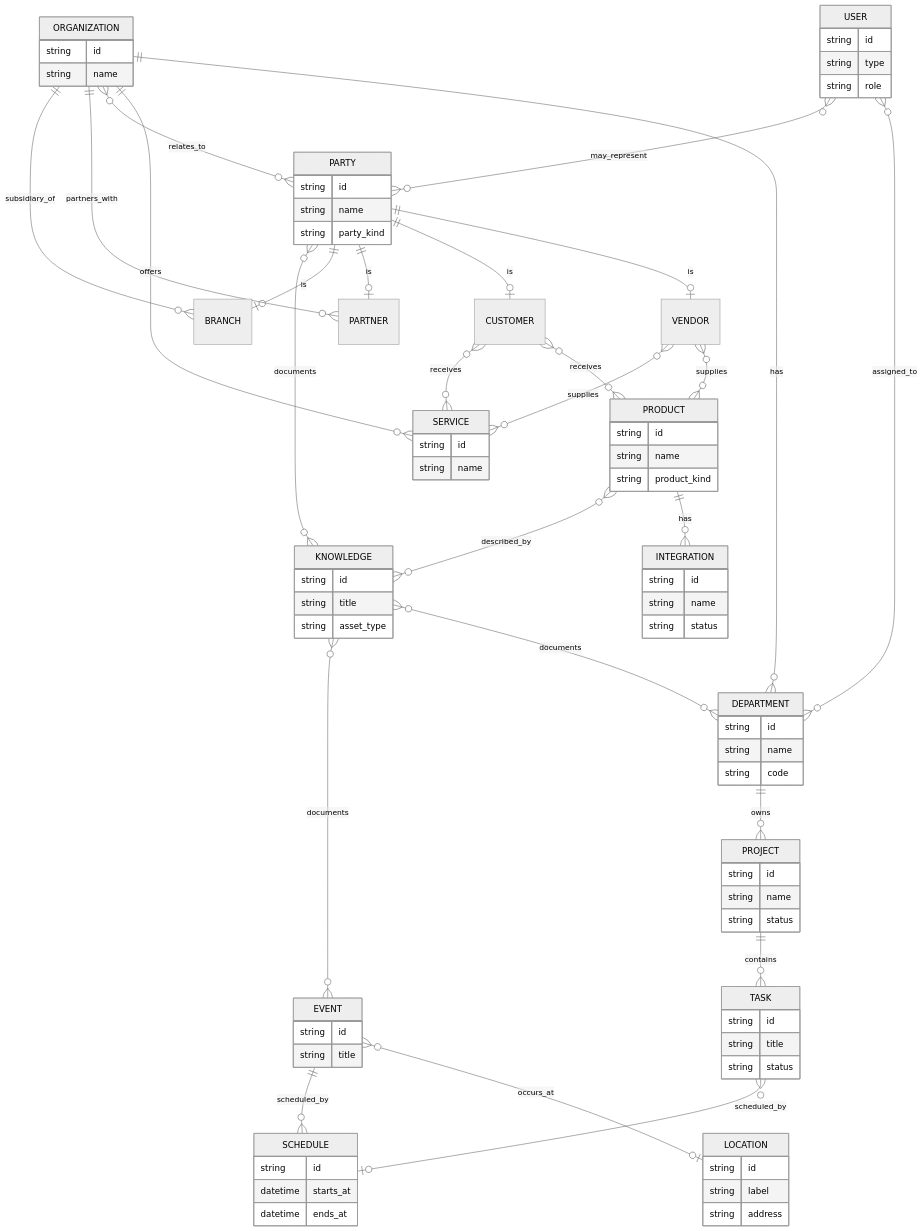
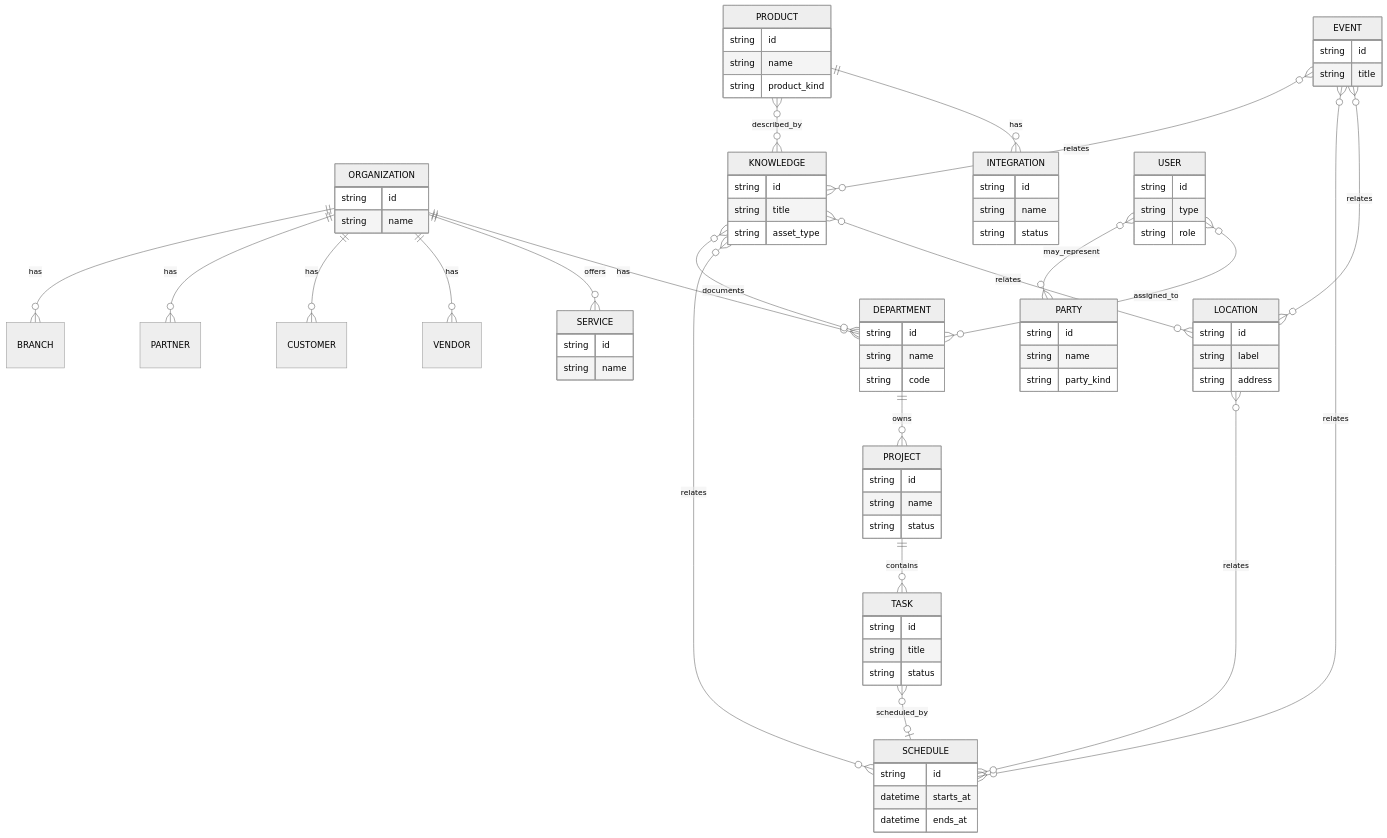
One commit to swartzlib7/versa-business-admin changed the diagram in docs/specs/MISSION_CONTROL_ZONE_ERD_I5.6.md. Above: the diagram before and after it, drawn with Mermaid (neutral theme). The commit also changed other lines of this file and 5 other files, not shown here.

Commit message:
feat(I5.6.4): env orbit 2x collab; ERD env full-mesh + collab no cross-party; UI relation panels — v0.7.21

````diff
--- a/docs/specs/MISSION_CONTROL_ZONE_ERD_I5.6.md
+++ b/docs/specs/MISSION_CONTROL_ZONE_ERD_I5.6.md
@@ -103,41 +118,38 @@
 ```mermaid
 erDiagram
   ORGANIZATION ||--o{ DEPARTMENT : has
   ORGANIZATION ||--o{ SERVICE : offers
   DEPARTMENT ||--o{ PROJECT : owns
   PROJECT ||--o{ TASK : contains
-  ORGANIZATION }o--o{ PARTY : relates_to
-  PARTY ||--o| VENDOR : is
-  PARTY ||--o| CUSTOMER : is
-  PARTY ||--o| PARTNER : is
-  PARTY ||--o| BRANCH : is
-  BRANCH }o--|| ORGANIZATION : subsidiary_of
-  VENDOR }o--o{ PRODUCT : supplies
-  VENDOR }o--o{ SERVICE : supplies
-  CUSTOMER }o--o{ PRODUCT : receives
-  CUSTOMER }o--o{ SERVICE : receives
-  PARTNER }o--|| ORGANIZATION : partners_with
+  ORGANIZATION ||--o{ VENDOR : has
+  ORGANIZATION ||--o{ CUSTOMER : has
+  ORGANIZATION ||--o{ PARTNER : has
+  ORGANIZATION ||--o{ BRANCH : has
+  %% I5.6.4: no edges among VENDOR/CUSTOMER/PARTNER/BRANCH
   PRODUCT ||--o{ INTEGRATION : has
   PRODUCT }o--o{ KNOWLEDGE : described_by
-  EVENT }o--o| LOCATION : occurs_at
-  EVENT ||--o{ SCHEDULE : scheduled_by
+  %% Environment full mesh
+  EVENT }o--o{ LOCATION : relates
+  EVENT }o--o{ SCHEDULE : relates
+  EVENT }o--o{ KNOWLEDGE : relates
+  KNOWLEDGE }o--o{ LOCATION : relates
+  KNOWLEDGE }o--o{ SCHEDULE : relates
+  LOCATION }o--o{ SCHEDULE : relates
   TASK }o--o| SCHEDULE : scheduled_by
   KNOWLEDGE }o--o{ DEPARTMENT : documents
-  KNOWLEDGE }o--o{ PARTY : documents
-  KNOWLEDGE }o--o{ EVENT : documents
   USER }o--o{ DEPARTMENT : assigned_to
   USER }o--o{ PARTY : may_represent
   ORGANIZATION { string id string name }
   DEPARTMENT { string id string name string code }
   SERVICE { string id string name }
   PROJECT { string id string name string status }
   TASK { string id string title string status }
   PARTY { string id string name string party_kind }
   LOCATION { string id string label string address }
   EVENT { string id string title }
   SCHEDULE { string id datetime starts_at datetime ends_at }
   KNOWLEDGE { string id string title string asset_type }
   PRODUCT { string id string name string product_kind }
   INTEGRATION { string id string name string status }
   USER { string id string type string role }
 ```
````
